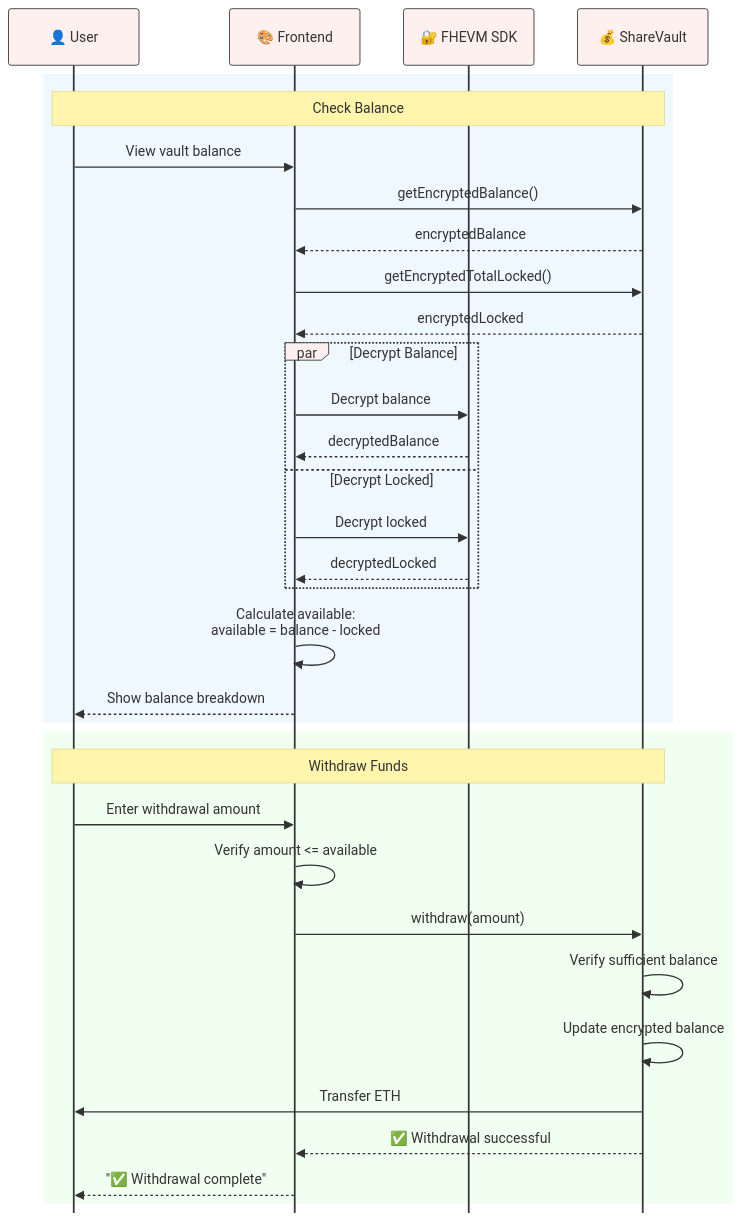
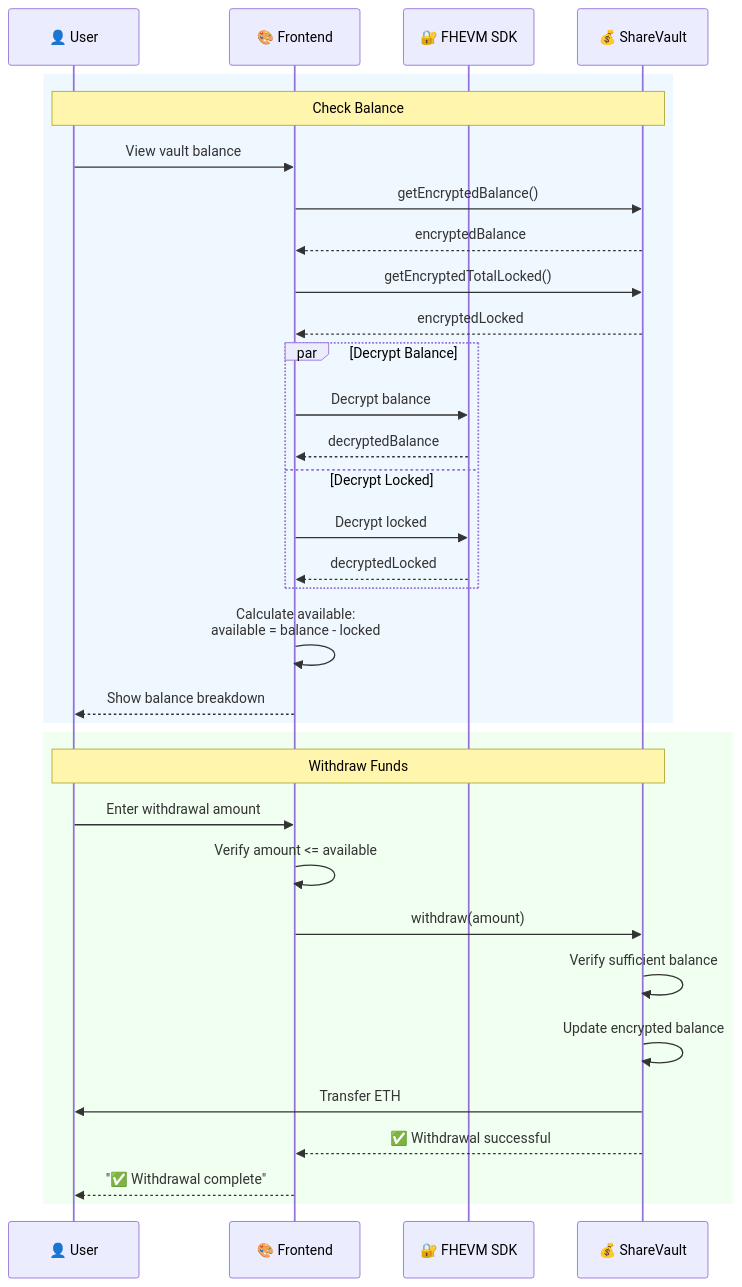
The seventh of 8 diagrams in README.md (cris-the-dev/confidental-fundraising), drawn with Mermaid before and after one commit. The commit also changed other lines of this file, not shown here.

Commit message:
chore(): update mermaid diagrams style

````diff
--- a/README.md
+++ b/README.md
@@ -283,41 +271,39 @@
 ```mermaid
-%%{init: {'theme':'base', 'themeVariables': {'primaryColor':'#fff0f0','primaryTextColor':'#333','primaryBorderColor':'#333','lineColor':'#666','fontFamily':'Comic Sans MS, cursive, sans-serif'},'sequence':{'mirrorActors':false}}}%%
-
 sequenceDiagram
     participant U as 👤 User
     participant F as 🎨 Frontend
     participant SDK as 🔐 FHEVM SDK
     participant SV as 💰 ShareVault
 
     rect rgb(240, 248, 255)
         Note over U,SV: Check Balance
         U->>F: View vault balance
         F->>SV: getEncryptedBalance()
         SV-->>F: encryptedBalance
         F->>SV: getEncryptedTotalLocked()
         SV-->>F: encryptedLocked
 
         par Decrypt Balance
             F->>SDK: Decrypt balance
             SDK-->>F: decryptedBalance
         and Decrypt Locked
             F->>SDK: Decrypt locked
             SDK-->>F: decryptedLocked
         end
 
         F->>F: Calculate available:<br/>available = balance - locked
         F-->>U: Show balance breakdown
     end
 
     rect rgb(240, 255, 240)
         Note over U,SV: Withdraw Funds
         U->>F: Enter withdrawal amount
         F->>F: Verify amount <= available
         F->>SV: withdraw(amount)
         SV->>SV: Verify sufficient balance
         SV->>SV: Update encrypted balance
         SV->>U: Transfer ETH
         SV-->>F: ✅ Withdrawal successful
         F-->>U: "✅ Withdrawal complete"
     end
 ```
````
